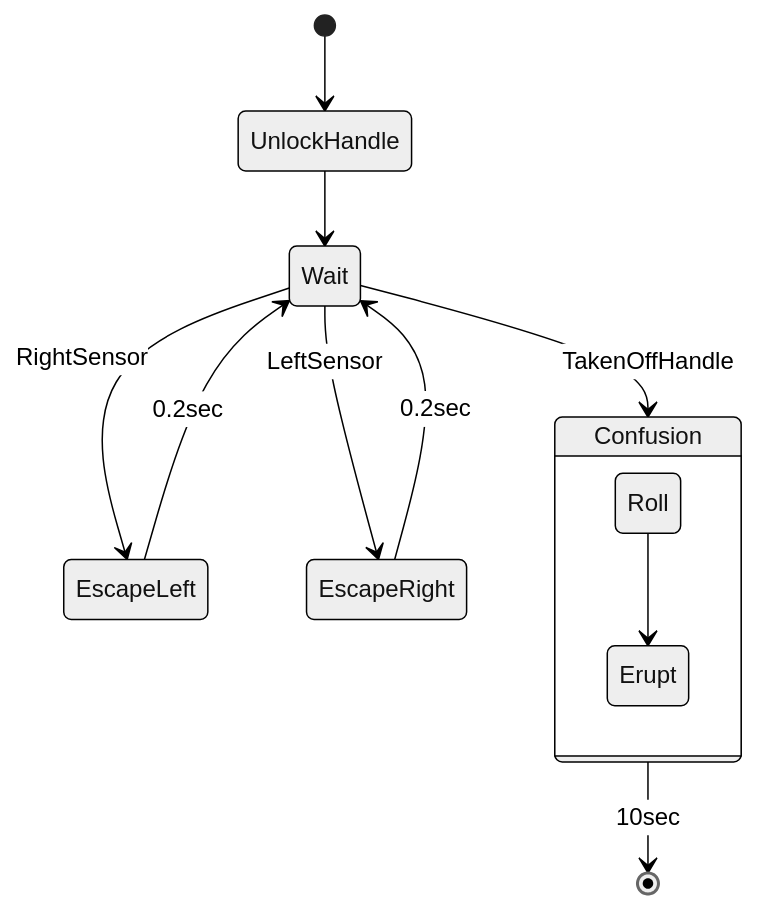
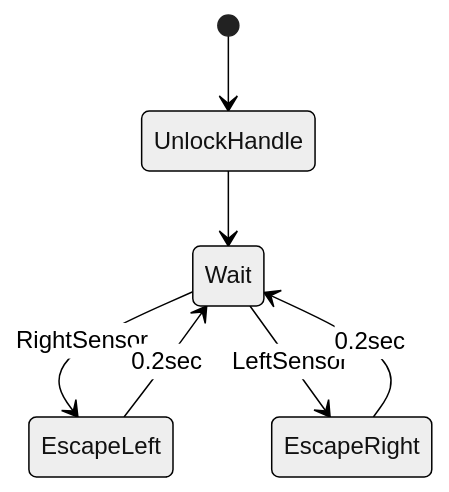
Before and after one commit to minerva-jupiter/HackUTOKYOv2Pim: the diagram in README.md, drawn with Mermaid (neutral theme).

````diff
--- a/README.md
+++ b/README.md
@@ -4,17 +4,12 @@
 ```mermaid
 stateDiagram-v2
     [*] --> UnlockHandle
     
     UnlockHandle --> Wait
 
     Wait --> EscapeLeft :RightSensor
     EscapeLeft --> Wait :0.2sec
 
     Wait --> EscapeRight :LeftSensor
     EscapeRight --> Wait :0.2sec
-    Wait --> Confusion :TakenOffHandle
-    state Confusion {
-        Roll --> Erupt
-    }
-    Confusion --> [*] :10sec
 ```
````
